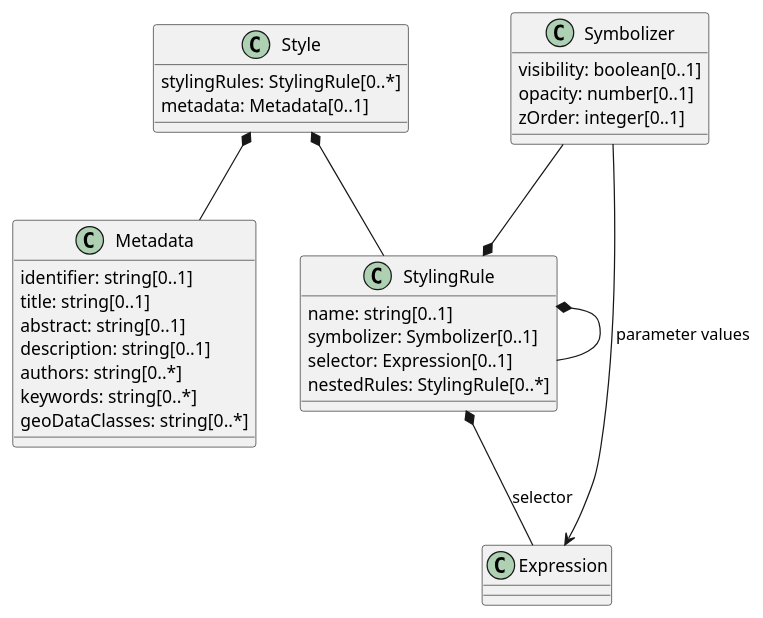
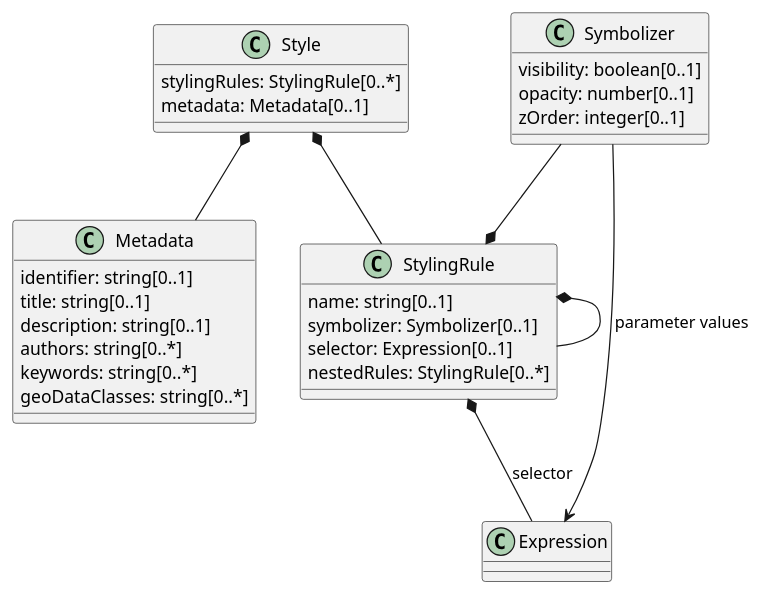
One commit to opengeospatial/cartographic-symbology changed the first of 6 diagrams in 1-core/sections/clause_7_core.adoc. Above: the diagram before and after it, drawn with PlantUML. The commit also changed other lines of this file and 25 other files, not shown here.

Commit message:
Metadata: no abstract; the examples use description

```diff
--- a/1-core/sections/clause_7_core.adoc
+++ b/1-core/sections/clause_7_core.adoc
@@ -18,34 +18,33 @@
 [plantuml, target=diagram-classes, format=png]
 ....
 @startuml
 Style : stylingRules: StylingRule[0..*]
 Style *-- StylingRule
 Style : metadata: Metadata[0..1]
 Style *-- Metadata
 
 Metadata : identifier: string[0..1]
 Metadata : title: string[0..1]
-Metadata : abstract: string[0..1]
 Metadata : description: string[0..1]
 Metadata : authors: string[0..*]
 Metadata : keywords: string[0..*]
 Metadata : geoDataClasses: string[0..*]
 
 StylingRule : name: string[0..1]
 StylingRule : symbolizer: Symbolizer[0..1]
 StylingRule : selector: Expression[0..1]
 StylingRule : nestedRules: StylingRule[0..*]
 StylingRule *-- StylingRule
 StylingRule *-- Expression : selector
 
 Symbolizer : visibility: boolean[0..1]
 Symbolizer : opacity: number[0..1]
 Symbolizer : zOrder: integer[0..1]
 Symbolizer --* StylingRule
 Symbolizer --> Expression : parameter values
 
 /'Note: zOrder needs discussion on whether it should be relative or float
 and how to relate to encodings where the visual priority order
 comes from the order of the rules.'/
 @enduml
 ....
```
